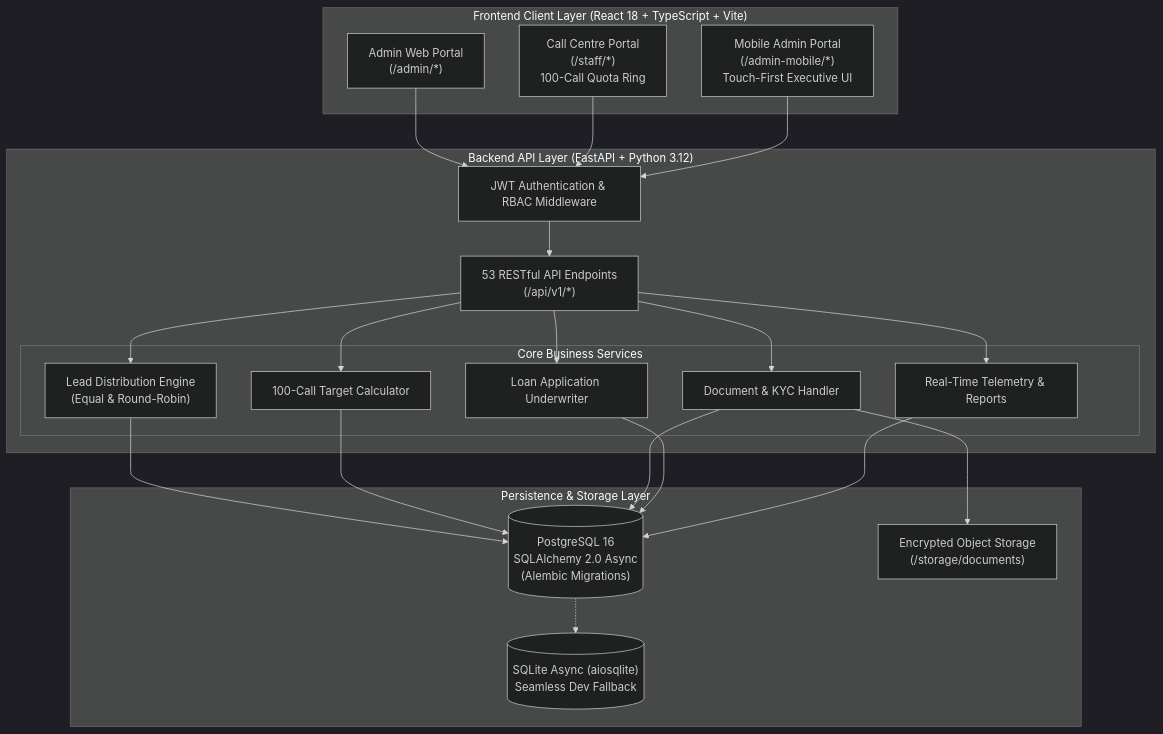
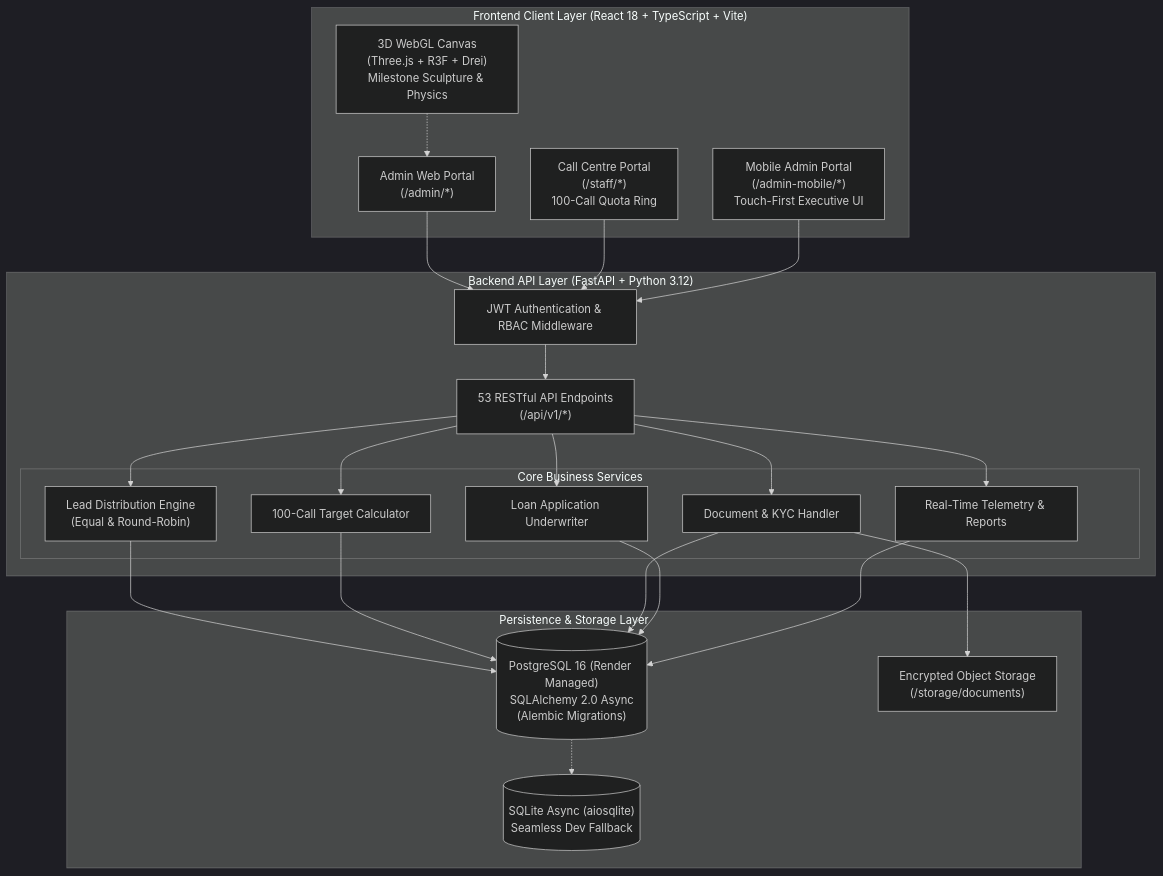
The first of 2 diagrams in README.md (anirudh-mr/loanflow-crm), drawn with Mermaid (dark theme) before and after one commit. The commit also changed other lines of this file, not shown here.

Commit message:
docs: update README with live Vercel deployment, next-gen 3D fintech features, and complete system architecture

````diff
--- a/README.md
+++ b/README.md
@@ -28,46 +66,48 @@
 ```mermaid
 flowchart TD
     subgraph ClientLayer["Frontend Client Layer (React 18 + TypeScript + Vite)"]
         AdminWeb["Admin Web Portal\n(/admin/*)"]
         StaffWeb["Call Centre Portal\n(/staff/*)\n100-Call Quota Ring"]
         AdminMobile["Mobile Admin Portal\n(/admin-mobile/*)\nTouch-First Executive UI"]
+        ThreeCanvas["3D WebGL Canvas\n(Three.js + R3F + Drei)\nMilestone Sculpture & Physics"]
     end
 
     subgraph APILayer["Backend API Layer (FastAPI + Python 3.12)"]
         AuthMiddleware["JWT Authentication & RBAC Middleware"]
         Router["53 RESTful API Endpoints\n(/api/v1/*)"]
         
         subgraph Services["Core Business Services"]
             LeadEngine["Lead Distribution Engine\n(Equal & Round-Robin)"]
             CallTarget["100-Call Target Calculator"]
             DocEngine["Document & KYC Handler"]
             UnderwritingEngine["Loan Application Underwriter"]
             AnalyticsService["Real-Time Telemetry & Reports"]
         end
     end
 
     subgraph DataLayer["Persistence & Storage Layer"]
-        PostgresDB[("PostgreSQL 16\nSQLAlchemy 2.0 Async\n(Alembic Migrations)")]
+        PostgresDB[("PostgreSQL 16 (Render Managed)\nSQLAlchemy 2.0 Async\n(Alembic Migrations)")]
         LocalFallback[("SQLite Async (aiosqlite)\nSeamless Dev Fallback")]
         DocStore["Encrypted Object Storage\n(/storage/documents)"]
     end
 
     AdminWeb --> AuthMiddleware
     StaffWeb --> AuthMiddleware
     AdminMobile --> AuthMiddleware
+    ThreeCanvas -.-> AdminWeb
 
     AuthMiddleware --> Router
     Router --> LeadEngine
     Router --> CallTarget
     Router --> DocEngine
     Router --> UnderwritingEngine
     Router --> AnalyticsService
 
     LeadEngine --> PostgresDB
     CallTarget --> PostgresDB
     DocEngine --> DocStore
     DocEngine --> PostgresDB
     UnderwritingEngine --> PostgresDB
     AnalyticsService --> PostgresDB
     PostgresDB -.-> LocalFallback
 ```
````
